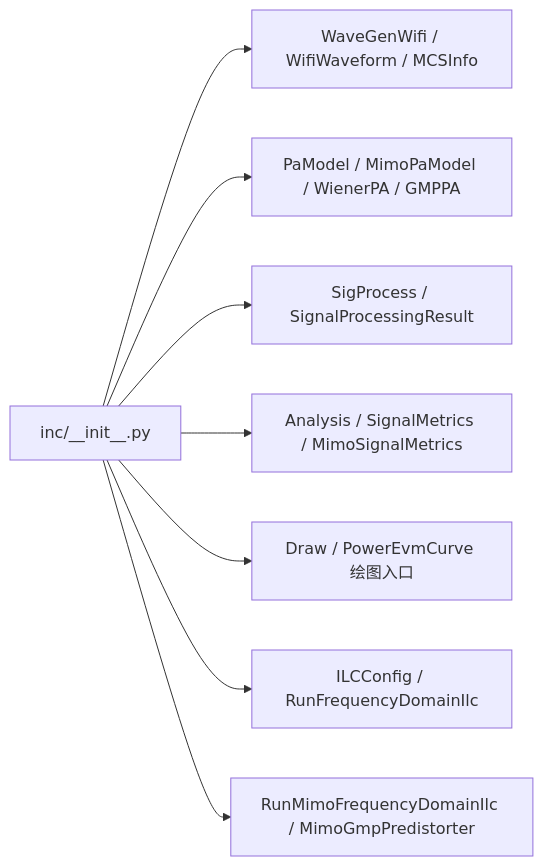
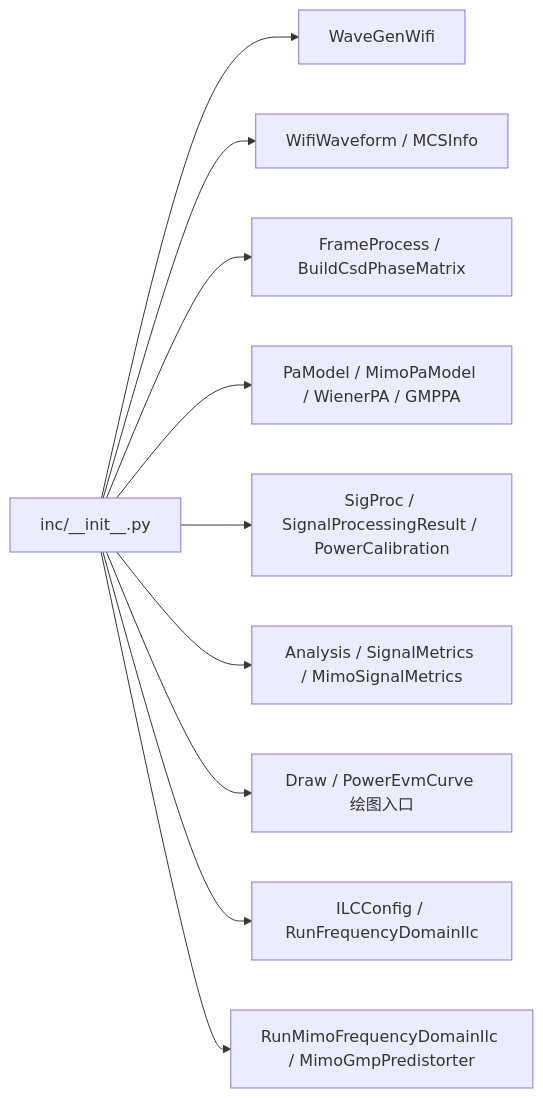
Before and after one commit to niyilu45/DPD_ILC: diagram 11 of 11 in README.md, drawn with Mermaid. The commit also changed other lines of this file and 19 other files, not shown here.

Commit message:
Refactor signal and frame processing modules

````diff
--- a/README.md
+++ b/README.md
@@ -396,10 +451,12 @@
 ```mermaid
 flowchart LR
-    init["inc/__init__.py"] --> waveApi["WaveGenWifi / WifiWaveform / MCSInfo"]
+    init["inc/__init__.py"] --> waveApi["WaveGenWifi"]
+    init --> metadataApi["WifiWaveform / MCSInfo"]
+    init --> frameApi["FrameProcess / BuildCsdPhaseMatrix"]
     init --> paApi["PaModel / MimoPaModel / WienerPA / GMPPA"]
-    init --> signalApi["SigProcess / SignalProcessingResult"]
+    init --> signalApi["SigProc / SignalProcessingResult / PowerCalibration"]
     init --> analysisApi["Analysis / SignalMetrics / MimoSignalMetrics"]
     init --> drawApi["Draw / PowerEvmCurve 绘图入口"]
     init --> ilcApi["ILCConfig / RunFrequencyDomainIlc"]
     init --> mimoIlcApi["RunMimoFrequencyDomainIlc / MimoGmpPredistorter"]
 ```
````
